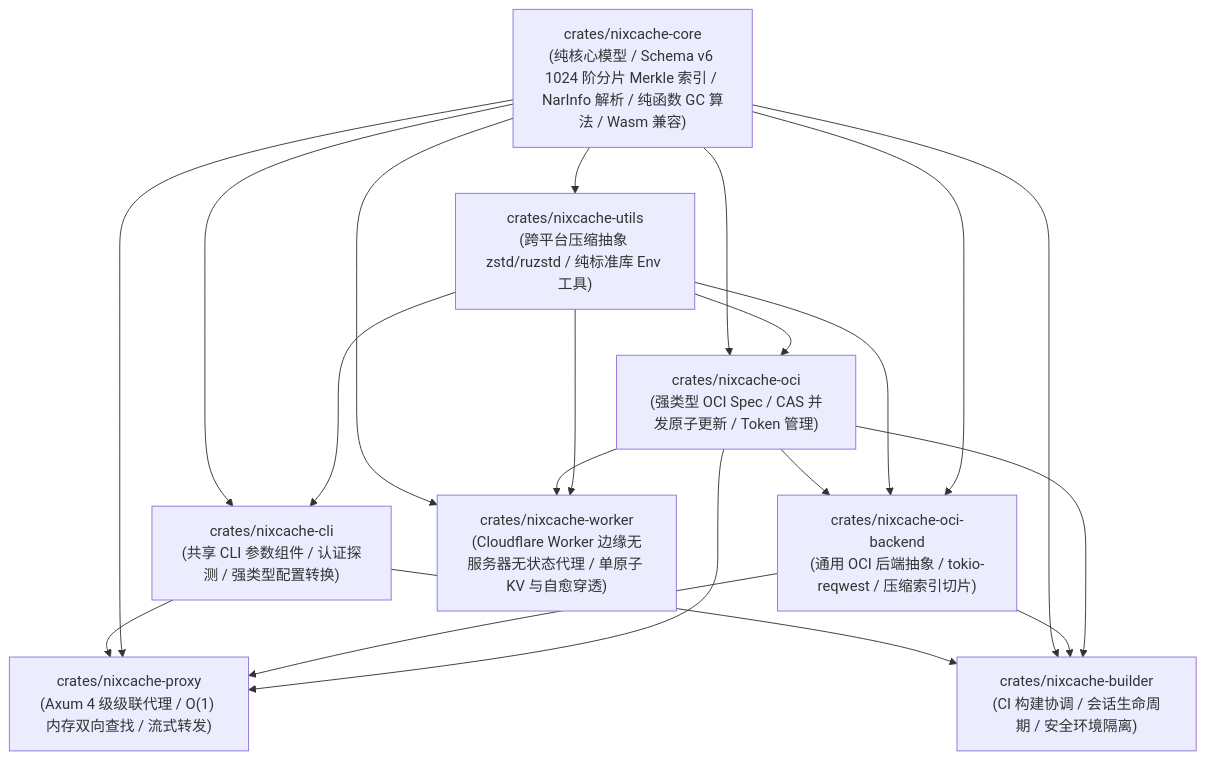
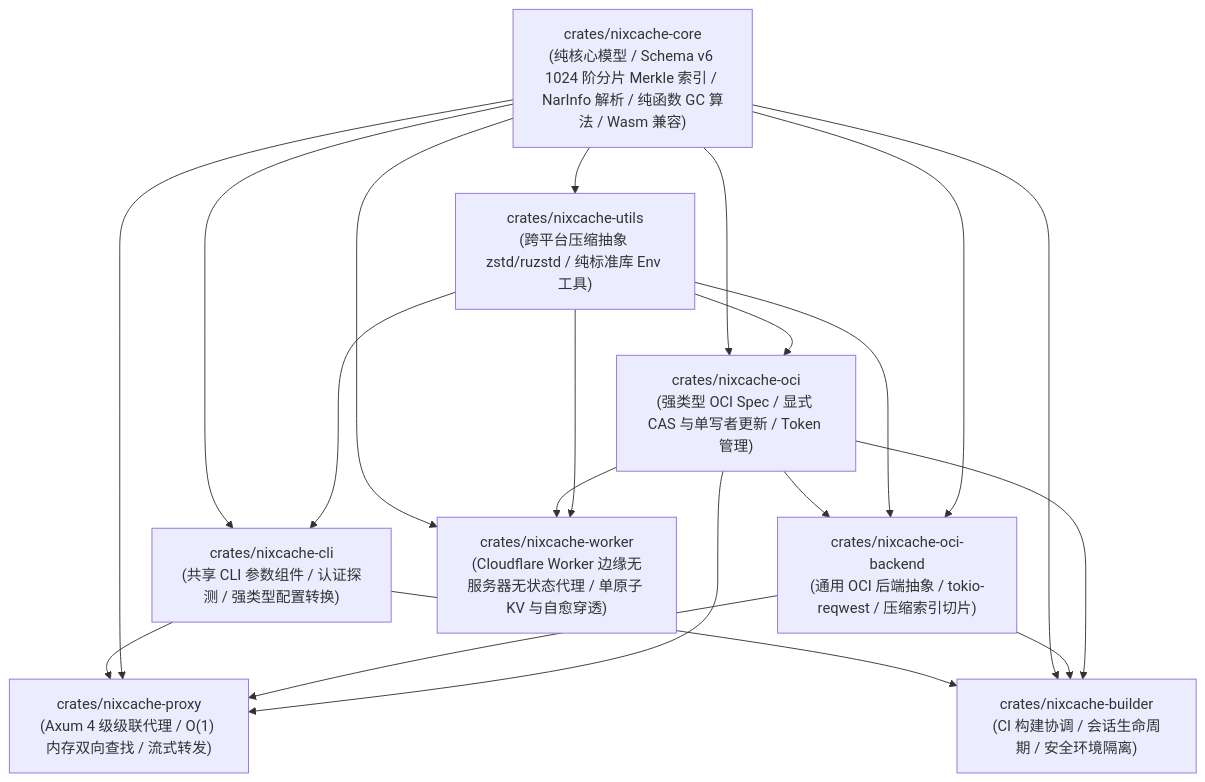
Before and after one commit to shaogme/nixcache-oci: the second of 3 diagrams in README.md, drawn with Mermaid. The commit also changed other lines of this file and 19 other files, not shown here.

````diff
--- a/README.md
+++ b/README.md
@@ -974,31 +981,31 @@
 ```mermaid
 flowchart TD
     Core["crates/nixcache-core<br>(纯核心模型 / Schema v6 1024 阶分片 Merkle 索引 / NarInfo 解析 / 纯函数 GC 算法 / Wasm 兼容)"]
     Utils["crates/nixcache-utils<br>(跨平台压缩抽象 zstd/ruzstd / 纯标准库 Env 工具)"]
     CLI["crates/nixcache-cli<br>(共享 CLI 参数组件 / 认证探测 / 强类型配置转换)"]
-    OCI["crates/nixcache-oci<br>(强类型 OCI Spec / CAS 并发原子更新 / Token 管理)"]
+    OCI["crates/nixcache-oci<br>(强类型 OCI Spec / 显式 CAS 与单写者更新 / Token 管理)"]
     Backend["crates/nixcache-oci-backend<br>(通用 OCI 后端抽象 / tokio-reqwest / 压缩索引切片)"]
     Proxy["crates/nixcache-proxy<br>(Axum 4 级级联代理 / O(1) 内存双向查找 / 流式转发)"]
     Builder["crates/nixcache-builder<br>(CI 构建协调 / 会话生命周期 / 安全环境隔离)"]
     Worker["crates/nixcache-worker<br>(Cloudflare Worker 边缘无服务器无状态代理 / 单原子 KV 与自愈穿透)"]
 
     Core --> Utils
     Core --> OCI
     Utils --> OCI
     OCI --> Backend
     Utils --> Backend
     Core --> Backend
     Core --> CLI
     Utils --> CLI
     CLI --> Proxy
     Core --> Proxy
     Backend --> Proxy
     OCI --> Proxy
     CLI --> Builder
     Core --> Builder
     Backend --> Builder
     OCI --> Builder
     Core --> Worker
     OCI --> Worker
     Utils --> Worker
 ```
````
